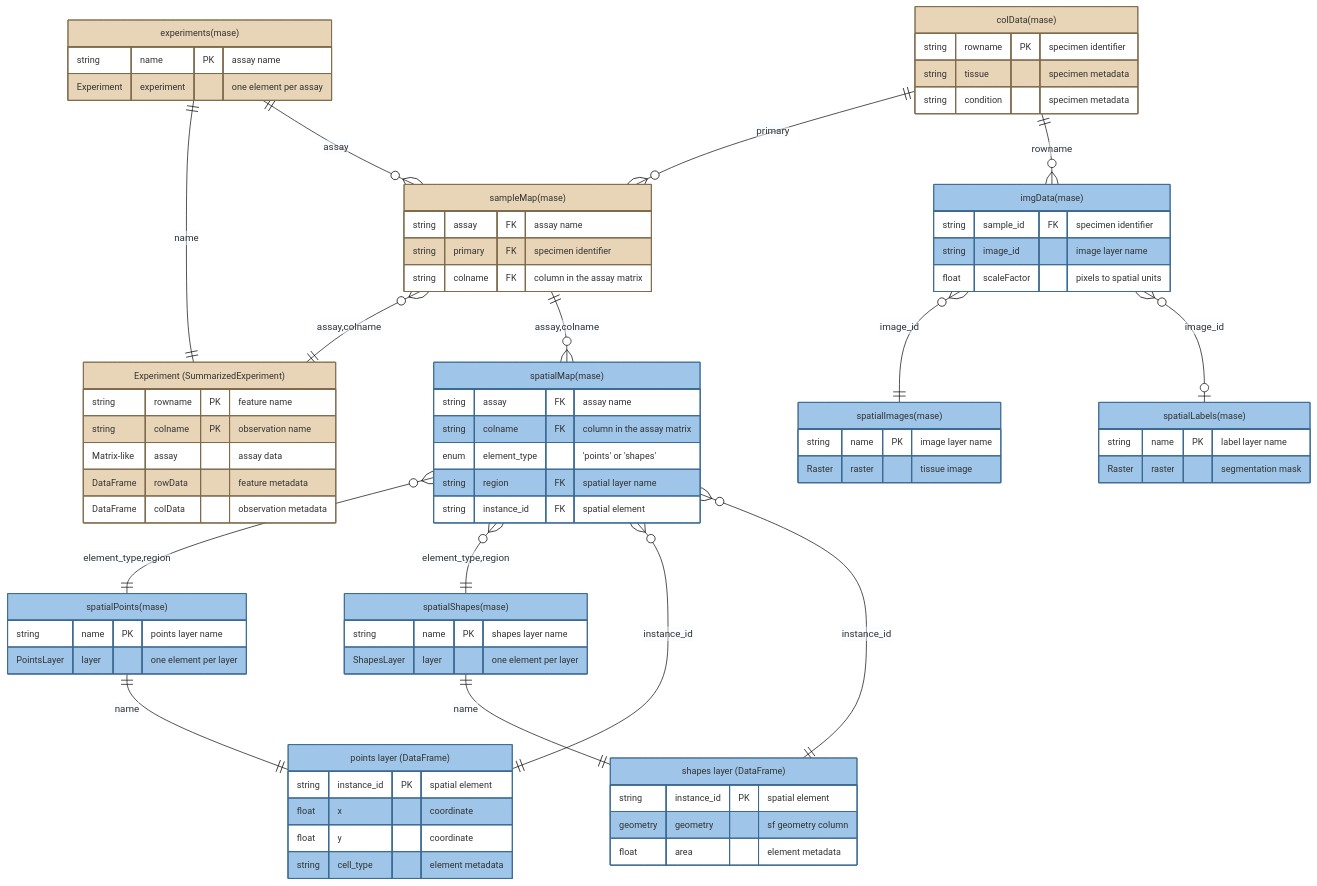
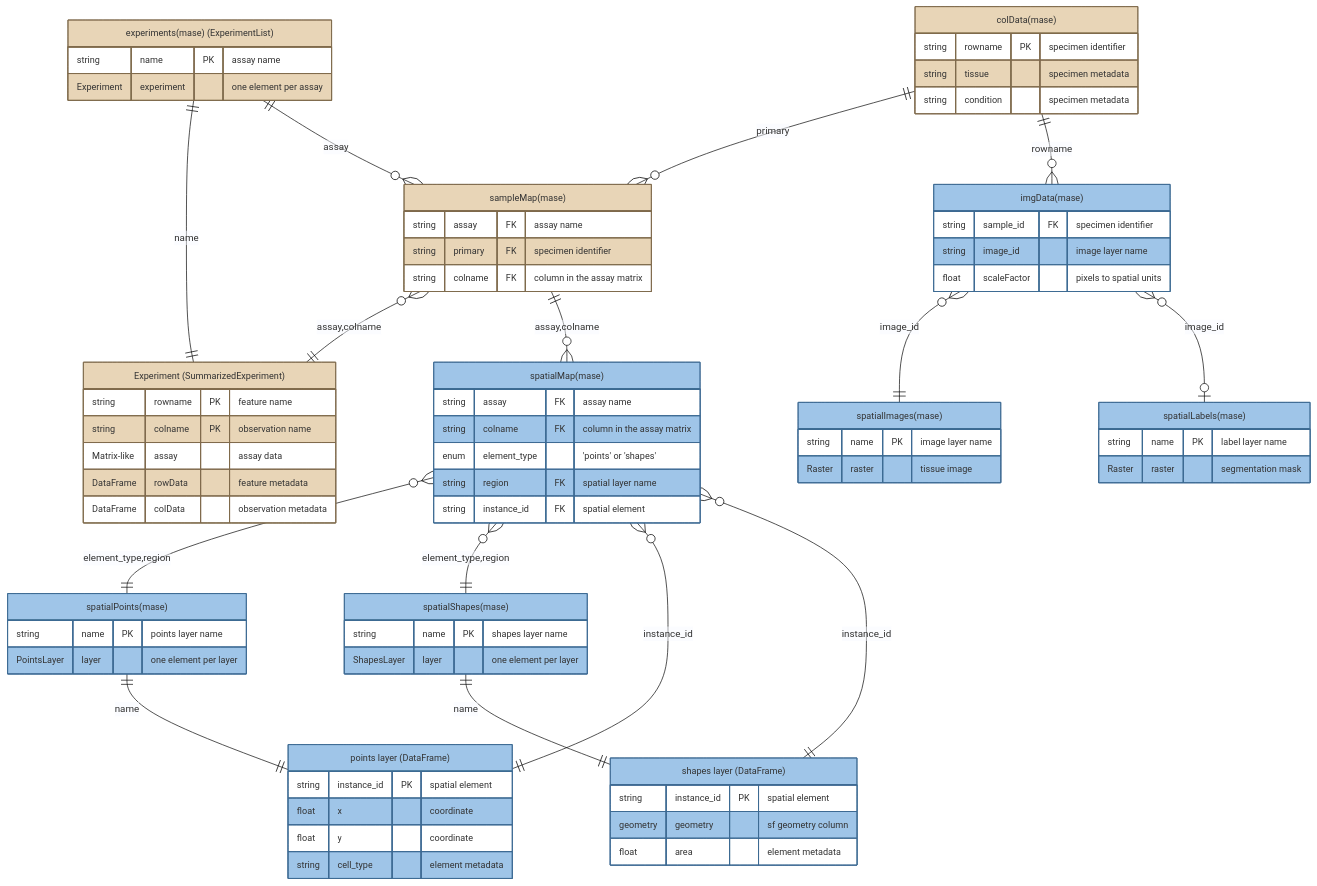
The diagram in vignettes/mase_erd.mmd (Genentech/MultiAssaySpatialExperiment), drawn with Mermaid before and after one commit. The commit also changed 7 other files, not shown here.

```diff
--- a/vignettes/mase_erd.mmd
+++ b/vignettes/mase_erd.mmd
@@ -1,117 +1,117 @@
 %%{init: {'theme':'base', 'themeVariables': { 'fontSize': '13px' }}}%%
 
 %% Entities are declared in the order the Introduction vignette describes them:
 %% first the MultiAssayExperiment core that MASE inherits (tan), then the
 %% spatial element layers MASE adds (blue), then the two tables that map
 %% observations onto specimens and onto space. Every entity label here appears
 %% verbatim in that description.
 
 erDiagram
     %% ---- 1. Inherited from MultiAssayExperiment ----
     colData["colData(mase)"] {
         string rowname PK "specimen identifier"
         string tissue "specimen metadata"
         string condition "specimen metadata"
     }
 
-    experiments["experiments(mase)"] {
+    experiments["experiments(mase) (ExperimentList)"] {
         string name PK "assay name"
         Experiment experiment "one element per assay"
     }
 
     Experiment["Experiment (SummarizedExperiment)"] {
         string rowname PK "feature name"
         string colname PK "observation name"
         Matrix-like assay "assay data"
         DataFrame rowData "feature metadata"
         DataFrame colData "observation metadata"
     }
 
     sampleMap["sampleMap(mase)"] {
         string assay FK "assay name"
         string primary FK "specimen identifier"
         string colname FK "column in the assay matrix"
     }
 
     %% ---- 2. Spatial element layers added by MASE ----
     spatialPoints["spatialPoints(mase)"] {
         string name PK "points layer name"
         PointsLayer layer "one element per layer"
     }
 
     PointsLayer["points layer (DataFrame)"] {
         string instance_id PK "spatial element"
         float x "coordinate"
         float y "coordinate"
         string cell_type "element metadata"
     }
 
     spatialShapes["spatialShapes(mase)"] {
         string name PK "shapes layer name"
         ShapesLayer layer "one element per layer"
     }
 
     ShapesLayer["shapes layer (DataFrame)"] {
         string instance_id PK "spatial element"
         geometry geometry "sf geometry column"
         float area "element metadata"
     }
 
     spatialImages["spatialImages(mase)"] {
         string name PK "image layer name"
         Raster raster "tissue image"
     }
 
     spatialLabels["spatialLabels(mase)"] {
         string name PK "label layer name"
         Raster raster "segmentation mask"
     }
 
     %% ---- 3. Tables mapping observations to specimens and to space ----
     spatialMap["spatialMap(mase)"] {
         string assay FK "assay name"
         string colname FK "column in the assay matrix"
         enum element_type "'points' or 'shapes'"
         string region FK "spatial layer name"
         string instance_id FK "spatial element"
     }
 
     imgData["imgData(mase)"] {
         string sample_id FK "specimen identifier"
         string image_id "image layer name"
         float scaleFactor "pixels to spatial units"
     }
 
     %% ---- Relationships ----
     colData ||--o{ sampleMap : "primary"
     experiments ||--|| Experiment : "name"
     experiments ||--o{ sampleMap : "assay"
     sampleMap }o--|| Experiment : "assay,colname"
 
     spatialPoints ||--|| PointsLayer : "name"
     spatialShapes ||--|| ShapesLayer : "name"
 
     sampleMap ||--o{ spatialMap : "assay,colname"
     spatialMap }o--|| spatialPoints : "element_type,region"
     spatialMap }o--|| spatialShapes : "element_type,region"
     PointsLayer ||--o{ spatialMap : "instance_id"
     ShapesLayer ||--o{ spatialMap : "instance_id"
 
     colData ||--o{ imgData : "rowname"
     imgData }o--|| spatialImages : "image_id"
     imgData }o--o| spatialLabels : "image_id"
 
     %% ---- Colours: tan = inherited from MultiAssayExperiment, blue = MASE ----
     style colData fill:#e8d5b7,stroke:#7f6a4d
     style experiments fill:#e8d5b7,stroke:#7f6a4d
     style Experiment fill:#e8d5b7,stroke:#7f6a4d
     style sampleMap fill:#e8d5b7,stroke:#7f6a4d
 
     style spatialPoints fill:#9fc5e8,stroke:#3d6b93
     style PointsLayer fill:#9fc5e8,stroke:#3d6b93
     style spatialShapes fill:#9fc5e8,stroke:#3d6b93
     style ShapesLayer fill:#9fc5e8,stroke:#3d6b93
     style spatialImages fill:#9fc5e8,stroke:#3d6b93
     style spatialLabels fill:#9fc5e8,stroke:#3d6b93
     style spatialMap fill:#9fc5e8,stroke:#3d6b93
     style imgData fill:#9fc5e8,stroke:#3d6b93
```
